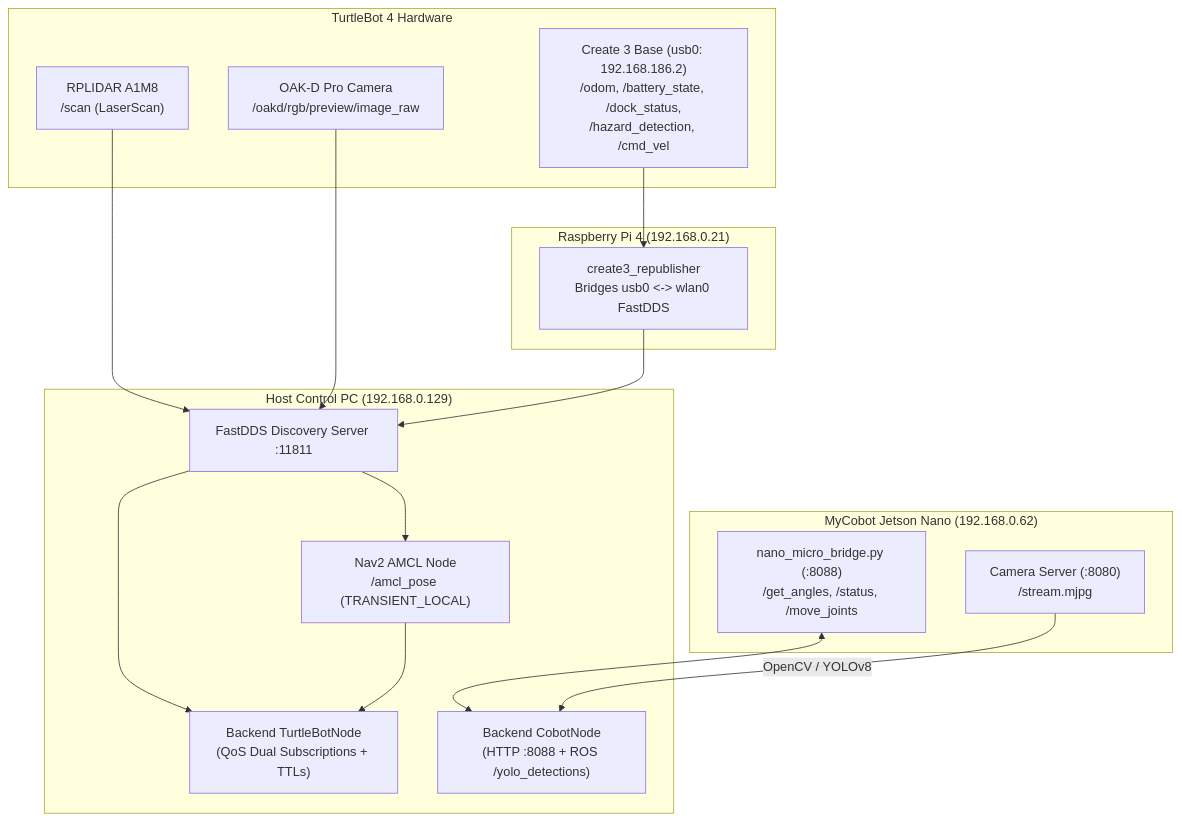
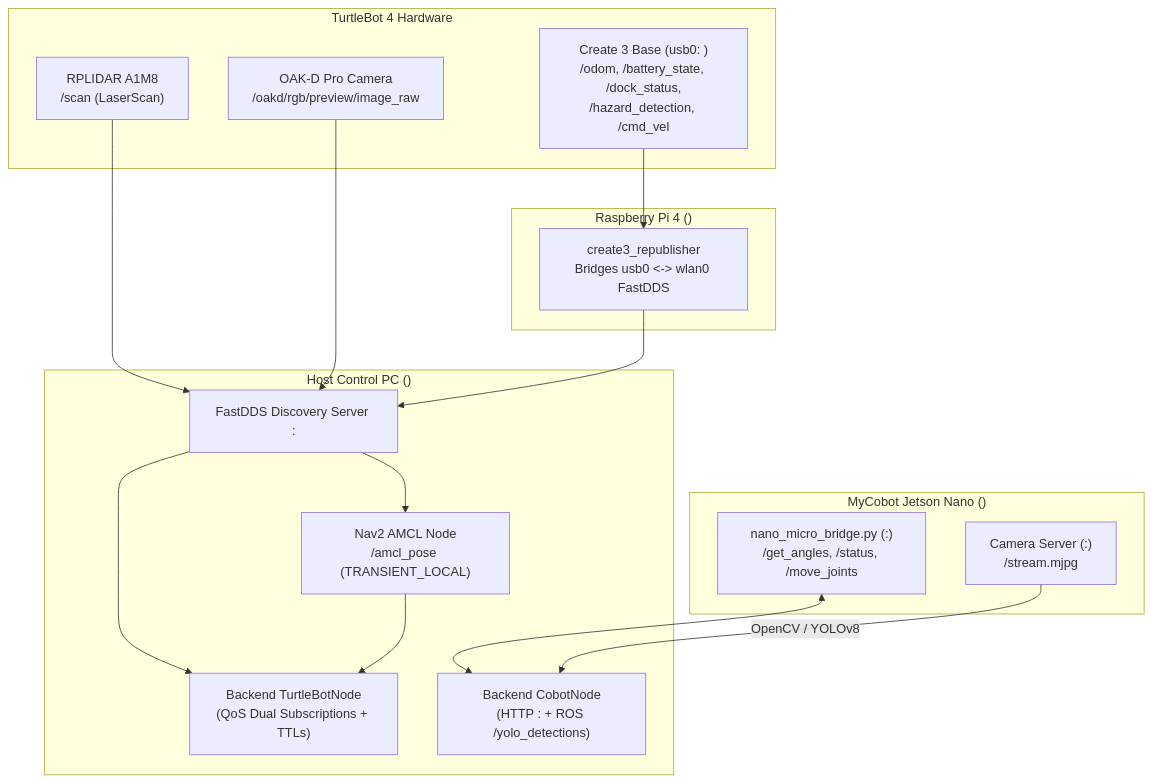
One commit to B002-FUTURE-LAB/B002_Future_Lab_Bots changed the diagram in docs/architecture/telemetry-pipeline.md. Above: the diagram before and after it, drawn with Mermaid. The commit also changed other lines of this file and 37 other files, not shown here.

````diff
--- a/docs/architecture/telemetry-pipeline.md
+++ b/docs/architecture/telemetry-pipeline.md
@@ -9,34 +9,34 @@
 ```mermaid
 flowchart TD
   subgraph TB4_HW["TurtleBot 4 Hardware"]
-    C3["Create 3 Base (usb0: 192.168.186.2)\n/odom, /battery_state, /dock_status,\n/hazard_detection, /cmd_vel"]
+    C3["Create 3 Base (usb0: <CREATE3_BASE_IP>)\n/odom, /battery_state, /dock_status,\n/hazard_detection, /cmd_vel"]
     RPL["RPLIDAR A1M8\n/scan (LaserScan)"]
     OAKD["OAK-D Pro Camera\n/oakd/rgb/preview/image_raw"]
   end
 
-  subgraph RPi4["Raspberry Pi 4 (192.168.0.21)"]
+  subgraph RPi4["Raspberry Pi 4 (<TURTLEBOT_IP>)"]
     REPUB["create3_republisher\nBridges usb0 <-> wlan0 FastDDS"]
   end
 
-  subgraph HostPC["Host Control PC (192.168.0.129)"]
-    DS["FastDDS Discovery Server :11811"]
+  subgraph HostPC["Host Control PC (<TURTLEBOT_IP>)"]
+    DS["FastDDS Discovery Server :<TB4_DISCOVERY_PORT>"]
     AMCL["Nav2 AMCL Node\n/amcl_pose (TRANSIENT_LOCAL)"]
     TBN["Backend TurtleBotNode\n(QoS Dual Subscriptions + TTLs)"]
-    CBN["Backend CobotNode\n(HTTP :8088 + ROS /yolo_detections)"]
+    CBN["Backend CobotNode\n(HTTP :<NANO_BRIDGE_PORT> + ROS /yolo_detections)"]
   end
 
-  subgraph Nano["MyCobot Jetson Nano (192.168.0.62)"]
-    NMB["nano_micro_bridge.py (:8088)\n/get_angles, /status, /move_joints"]
-    MJPEG["Camera Server (:8080)\n/stream.mjpg"]
+  subgraph Nano["MyCobot Jetson Nano (<JETSON_NANO_IP>)"]
+    NMB["nano_micro_bridge.py (:<NANO_BRIDGE_PORT>)\n/get_angles, /status, /move_joints"]
+    MJPEG["Camera Server (:<CAMERA_STREAM_PORT>)\n/stream.mjpg"]
   end
 
   C3 --> REPUB
   RPL --> DS
   OAKD --> DS
   REPUB --> DS
   DS --> AMCL
   DS --> TBN
   AMCL --> TBN
   NMB <--> CBN
   MJPEG -->|"OpenCV / YOLOv8"| CBN
 ```
````
